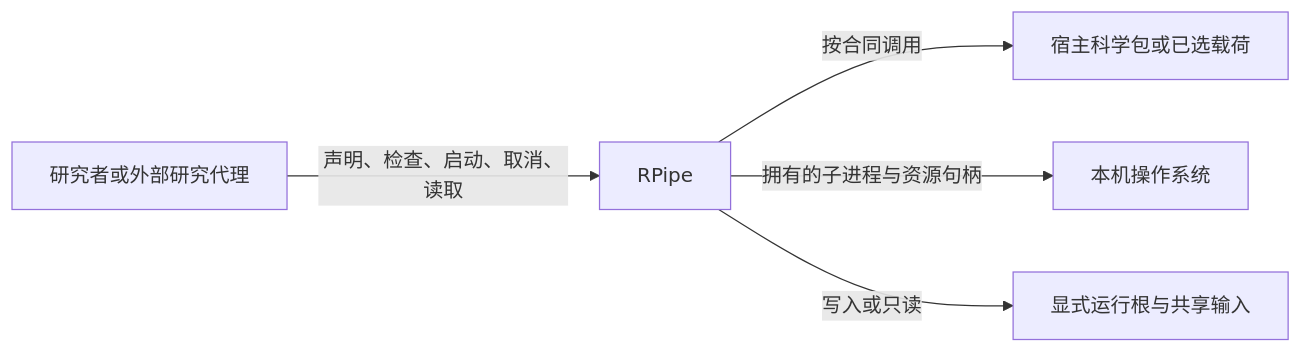
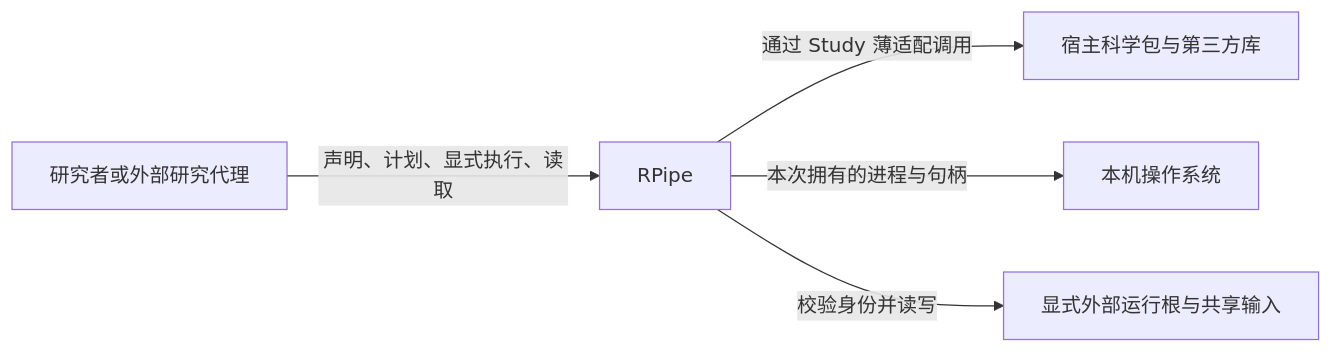
One commit to DreamSoul-AI/RPipe changed the first of 4 diagrams in docs/研究流水线 架构设计.md. Above: the diagram before and after it, drawn with Mermaid. The commit also changed other lines of this file and 2 other files, not shown here.

````diff
--- a/docs/研究流水线 架构设计.md
+++ b/docs/研究流水线 架构设计.md
@@ -8,7 +35,7 @@
 ```mermaid
 flowchart LR
-    R[研究者或外部研究代理] -->|声明、检查、启动、取消、读取| P[RPipe]
-    P -->|按合同调用| H[宿主科学包或已选载荷]
-    P -->|拥有的子进程与资源句柄| O[本机操作系统]
-    P -->|写入或只读| A[显式运行根与共享输入]
+    U[研究者或外部研究代理] -->|声明、计划、显式执行、读取| R[RPipe]
+    R -->|通过 Study 薄适配调用| H[宿主科学包与第三方库]
+    R -->|本次拥有的进程与句柄| O[本机操作系统]
+    R -->|校验身份并读写| A[显式外部运行根与共享输入]
 ```
````
